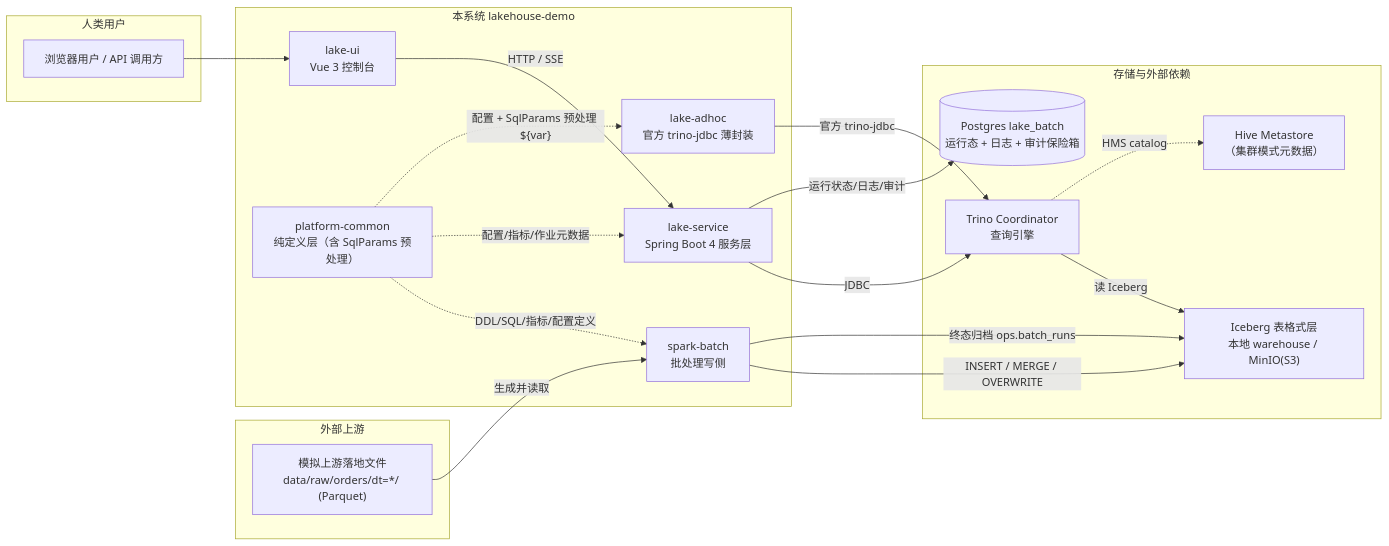
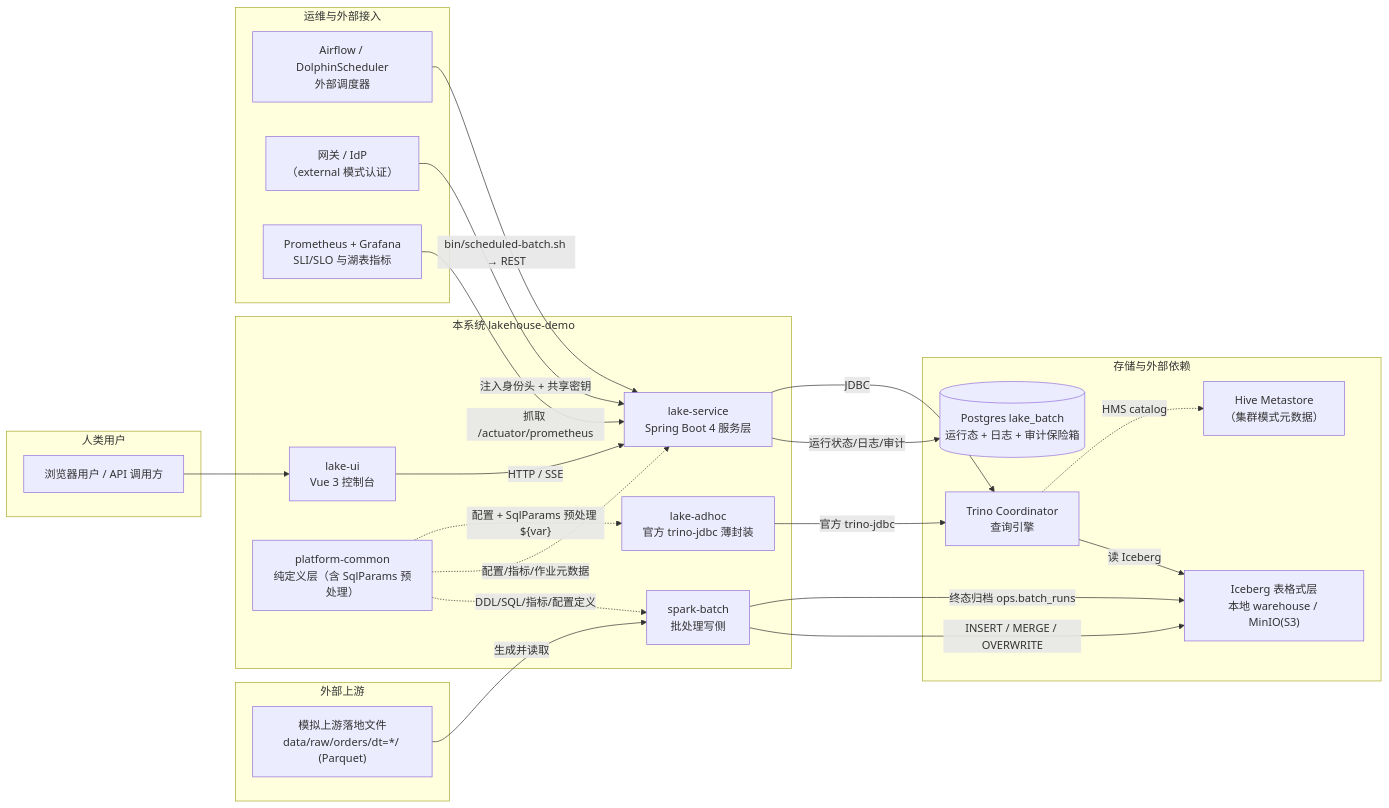
The first of 13 diagrams in docs/lakehouse-demo/概要设计-lakehouse-demo.md (leishu/data-demo), drawn with Mermaid before and after one commit. The commit also changed other lines of this file, not shown here.

````diff
--- a/docs/lakehouse-demo/概要设计-lakehouse-demo.md
+++ b/docs/lakehouse-demo/概要设计-lakehouse-demo.md
@@ -27,36 +27,44 @@
 ```mermaid
 graph LR
     subgraph 外部上游
         RAW["模拟上游落地文件<br/>data/raw/orders/dt=*/ (Parquet)"]
     end
     subgraph 人类用户
         USER["浏览器用户 / API 调用方"]
     end
     subgraph 本系统 lakehouse-demo
         BATCH["spark-batch<br/>批处理写侧"]
         SERVICE["lake-service<br/>Spring Boot 4 服务层"]
         UI["lake-ui<br/>Vue 3 控制台"]
         COMMON["platform-common<br/>纯定义层（含 SqlParams 预处理）"]
         ADHOC["lake-adhoc<br/>官方 trino-jdbc 薄封装"]
     end
     subgraph 存储与外部依赖
         ICE["Iceberg 表格式层<br/>本地 warehouse / MinIO(S3)"]
         TRINO["Trino Coordinator<br/>查询引擎"]
         PG[("Postgres lake_batch<br/>运行态 + 日志 + 审计保险箱")]
         HMS["Hive Metastore<br/>（集群模式元数据）"]
     end
+    subgraph 运维与外部接入
+        SCHED["Airflow / DolphinScheduler<br/>外部调度器"]
+        GW["网关 / IdP<br/>（external 模式认证）"]
+        OBS["Prometheus + Grafana<br/>SLI/SLO 与湖表指标"]
+    end
 
     RAW -->|"生成并读取"| BATCH
     BATCH -->|"INSERT / MERGE / OVERWRITE"| ICE
     COMMON -.->|"DDL/SQL/指标/配置定义"| BATCH
     COMMON -.->|"配置/指标/作业元数据"| SERVICE
     COMMON -.->|"配置 + SqlParams 预处理 ${var}"| ADHOC
     UI -->|"HTTP / SSE"| SERVICE
     USER --> UI
+    GW -->|"注入身份头 + 共享密钥"| SERVICE
+    SCHED -->|"bin/scheduled-batch.sh → REST"| SERVICE
+    OBS -->|"抓取 /actuator/prometheus"| SERVICE
+    SERVICE -->|"运行状态/日志/审计"| PG
     SERVICE -->|"JDBC"| TRINO
     ADHOC -->|"官方 trino-jdbc"| TRINO
     TRINO -->|"读 Iceberg"| ICE
     TRINO -.->|"HMS catalog"| HMS
-    SERVICE -->|"运行状态/日志/审计"| PG
     BATCH -->|"终态归档 ops.batch_runs"| ICE
 ```
````
